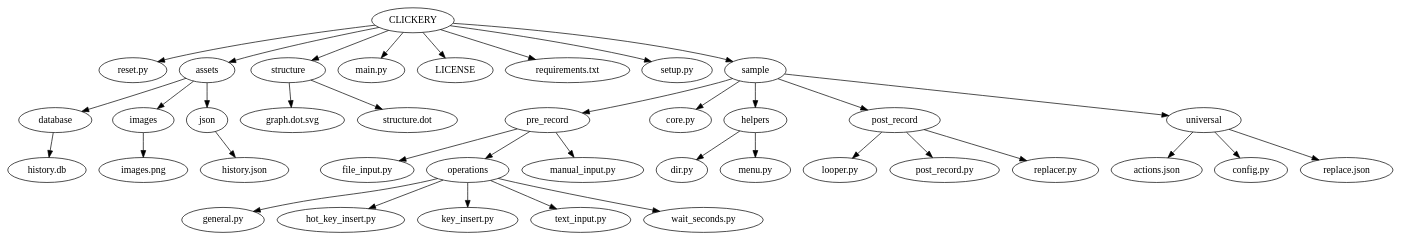
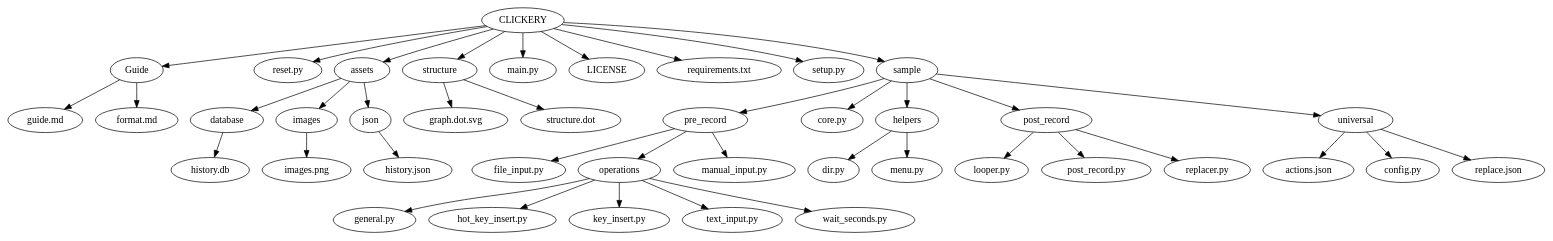
Before and after one commit to MZaFaRM/Clickery: the diagram in structure/structure.dot, drawn with Graphviz.

```diff
--- a/structure/structure.dot
+++ b/structure/structure.dot
@@ -1,18 +1,19 @@
 digraph UNIVERSE {
-    CLICKERY -> { "reset.py" assets structure "main.py" LICENSE "requirements.txt" "setup.py" sample}
+    CLICKERY -> { Guide "reset.py" assets structure "main.py" LICENSE "requirements.txt" "setup.py" sample}
+    Guide -> {"guide.md" "format.md"}
     assets -> { database images json }
     database -> "history.db"
     images -> "images.png"
     json -> "history.json"
     sample -> { pre_record "core.py" helpers  post_record universal  }
     helpers -> { "dir.py" "menu.py" }
     post_record -> { "looper.py" "post_record.py" "replacer.py" }
     pre_record -> { "file_input.py" operations "manual_input.py" }
     operations -> { "general.py" "hot_key_insert.py" "key_insert.py" "text_input.py" "wait_seconds.py" }
     universal -> { "actions.json" "config.py" "replace.json" }
     structure -> { "graph.dot.svg" "structure.dot" }
 }
 
 // Graph preview
 // -> Toggle Preview - ctrl+shift+v
 // -> Open Preview to the Side - ctrl+k v 
```
